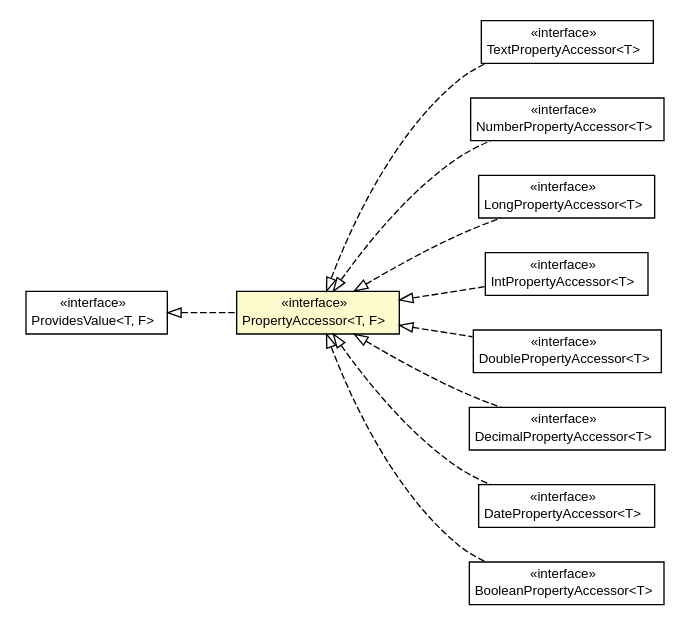
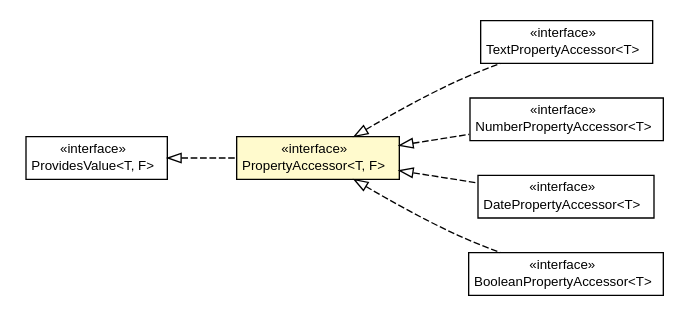
The diagram in javadoc/apidocs/org/turbogwt/mvp/databind/client/property/PropertyAccessor.dot (growbit/turbogwt-databind), drawn with Graphviz before and after one commit. The commit also changed 147 other files, not shown here.

```diff
--- a/javadoc/apidocs/org/turbogwt/mvp/databind/client/property/PropertyAccessor.dot
+++ b/javadoc/apidocs/org/turbogwt/mvp/databind/client/property/PropertyAccessor.dot
@@ -1,101 +1,65 @@
 #!/usr/local/bin/dot
 #
 # Class diagram 
 # Generated by UMLGraph version R5_6-24-gf6e263 (http://www.umlgraph.org/)
 #
 
 digraph G {
 	edge [fontname="arial",fontsize=10,labelfontname="arial",labelfontsize=10];
 	node [fontname="arial",fontsize=10,shape=plaintext];
 	nodesep=0.25;
 	ranksep=0.5;
 	rankdir=LR;
 	// org.turbogwt.mvp.databind.client.property.TextPropertyAccessor<T>
-	c1144 [label=<<table title="org.turbogwt.mvp.databind.client.property.TextPropertyAccessor" border="0" cellborder="1" cellspacing="0" cellpadding="2" port="p" href="./TextPropertyAccessor.html">
+	c694 [label=<<table title="org.turbogwt.mvp.databind.client.property.TextPropertyAccessor" border="0" cellborder="1" cellspacing="0" cellpadding="2" port="p" href="./TextPropertyAccessor.html">
 		<tr><td><table border="0" cellspacing="0" cellpadding="1">
 <tr><td align="center" balign="center"> &#171;interface&#187; </td></tr>
 <tr><td align="center" balign="center"> TextPropertyAccessor&lt;T&gt; </td></tr>
 		</table></td></tr>
 		</table>>, URL="./TextPropertyAccessor.html", fontname="arial", fontcolor="black", fontsize=10.0];
-	// org.turbogwt.mvp.databind.client.property.ProvidesValue<T, F>
-	c1145 [label=<<table title="org.turbogwt.mvp.databind.client.property.ProvidesValue" border="0" cellborder="1" cellspacing="0" cellpadding="2" port="p" href="./ProvidesValue.html">
-		<tr><td><table border="0" cellspacing="0" cellpadding="1">
-<tr><td align="center" balign="center"> &#171;interface&#187; </td></tr>
-<tr><td align="center" balign="center"> ProvidesValue&lt;T, F&gt; </td></tr>
-		</table></td></tr>
-		</table>>, URL="./ProvidesValue.html", fontname="arial", fontcolor="black", fontsize=10.0];
 	// org.turbogwt.mvp.databind.client.property.PropertyAccessor<T, F>
-	c1154 [label=<<table title="org.turbogwt.mvp.databind.client.property.PropertyAccessor" border="0" cellborder="1" cellspacing="0" cellpadding="2" port="p" bgcolor="lemonChiffon" href="./PropertyAccessor.html">
+	c695 [label=<<table title="org.turbogwt.mvp.databind.client.property.PropertyAccessor" border="0" cellborder="1" cellspacing="0" cellpadding="2" port="p" bgcolor="lemonChiffon" href="./PropertyAccessor.html">
 		<tr><td><table border="0" cellspacing="0" cellpadding="1">
 <tr><td align="center" balign="center"> &#171;interface&#187; </td></tr>
 <tr><td align="center" balign="center"> PropertyAccessor&lt;T, F&gt; </td></tr>
 		</table></td></tr>
 		</table>>, URL="./PropertyAccessor.html", fontname="arial", fontcolor="black", fontsize=10.0];
 	// org.turbogwt.mvp.databind.client.property.NumberPropertyAccessor<T>
-	c1155 [label=<<table title="org.turbogwt.mvp.databind.client.property.NumberPropertyAccessor" border="0" cellborder="1" cellspacing="0" cellpadding="2" port="p" href="./NumberPropertyAccessor.html">
+	c696 [label=<<table title="org.turbogwt.mvp.databind.client.property.NumberPropertyAccessor" border="0" cellborder="1" cellspacing="0" cellpadding="2" port="p" href="./NumberPropertyAccessor.html">
 		<tr><td><table border="0" cellspacing="0" cellpadding="1">
 <tr><td align="center" balign="center"> &#171;interface&#187; </td></tr>
 <tr><td align="center" balign="center"> NumberPropertyAccessor&lt;T&gt; </td></tr>
 		</table></td></tr>
 		</table>>, URL="./NumberPropertyAccessor.html", fontname="arial", fontcolor="black", fontsize=10.0];
-	// org.turbogwt.mvp.databind.client.property.LongPropertyAccessor<T>
-	c1156 [label=<<table title="org.turbogwt.mvp.databind.client.property.LongPropertyAccessor" border="0" cellborder="1" cellspacing="0" cellpadding="2" port="p" href="./LongPropertyAccessor.html">
-		<tr><td><table border="0" cellspacing="0" cellpadding="1">
-<tr><td align="center" balign="center"> &#171;interface&#187; </td></tr>
-<tr><td align="center" balign="center"> LongPropertyAccessor&lt;T&gt; </td></tr>
-		</table></td></tr>
-		</table>>, URL="./LongPropertyAccessor.html", fontname="arial", fontcolor="black", fontsize=10.0];
-	// org.turbogwt.mvp.databind.client.property.IntPropertyAccessor<T>
-	c1157 [label=<<table title="org.turbogwt.mvp.databind.client.property.IntPropertyAccessor" border="0" cellborder="1" cellspacing="0" cellpadding="2" port="p" href="./IntPropertyAccessor.html">
-		<tr><td><table border="0" cellspacing="0" cellpadding="1">
-<tr><td align="center" balign="center"> &#171;interface&#187; </td></tr>
-<tr><td align="center" balign="center"> IntPropertyAccessor&lt;T&gt; </td></tr>
-		</table></td></tr>
-		</table>>, URL="./IntPropertyAccessor.html", fontname="arial", fontcolor="black", fontsize=10.0];
-	// org.turbogwt.mvp.databind.client.property.DoublePropertyAccessor<T>
-	c1158 [label=<<table title="org.turbogwt.mvp.databind.client.property.DoublePropertyAccessor" border="0" cellborder="1" cellspacing="0" cellpadding="2" port="p" href="./DoublePropertyAccessor.html">
-		<tr><td><table border="0" cellspacing="0" cellpadding="1">
-<tr><td align="center" balign="center"> &#171;interface&#187; </td></tr>
-<tr><td align="center" balign="center"> DoublePropertyAccessor&lt;T&gt; </td></tr>
-		</table></td></tr>
-		</table>>, URL="./DoublePropertyAccessor.html", fontname="arial", fontcolor="black", fontsize=10.0];
-	// org.turbogwt.mvp.databind.client.property.DecimalPropertyAccessor<T>
-	c1159 [label=<<table title="org.turbogwt.mvp.databind.client.property.DecimalPropertyAccessor" border="0" cellborder="1" cellspacing="0" cellpadding="2" port="p" href="./DecimalPropertyAccessor.html">
-		<tr><td><table border="0" cellspacing="0" cellpadding="1">
-<tr><td align="center" balign="center"> &#171;interface&#187; </td></tr>
-<tr><td align="center" balign="center"> DecimalPropertyAccessor&lt;T&gt; </td></tr>
-		</table></td></tr>
-		</table>>, URL="./DecimalPropertyAccessor.html", fontname="arial", fontcolor="black", fontsize=10.0];
 	// org.turbogwt.mvp.databind.client.property.DatePropertyAccessor<T>
-	c1160 [label=<<table title="org.turbogwt.mvp.databind.client.property.DatePropertyAccessor" border="0" cellborder="1" cellspacing="0" cellpadding="2" port="p" href="./DatePropertyAccessor.html">
+	c697 [label=<<table title="org.turbogwt.mvp.databind.client.property.DatePropertyAccessor" border="0" cellborder="1" cellspacing="0" cellpadding="2" port="p" href="./DatePropertyAccessor.html">
 		<tr><td><table border="0" cellspacing="0" cellpadding="1">
 <tr><td align="center" balign="center"> &#171;interface&#187; </td></tr>
 <tr><td align="center" balign="center"> DatePropertyAccessor&lt;T&gt; </td></tr>
 		</table></td></tr>
 		</table>>, URL="./DatePropertyAccessor.html", fontname="arial", fontcolor="black", fontsize=10.0];
 	// org.turbogwt.mvp.databind.client.property.BooleanPropertyAccessor<T>
-	c1161 [label=<<table title="org.turbogwt.mvp.databind.client.property.BooleanPropertyAccessor" border="0" cellborder="1" cellspacing="0" cellpadding="2" port="p" href="./BooleanPropertyAccessor.html">
+	c698 [label=<<table title="org.turbogwt.mvp.databind.client.property.BooleanPropertyAccessor" border="0" cellborder="1" cellspacing="0" cellpadding="2" port="p" href="./BooleanPropertyAccessor.html">
 		<tr><td><table border="0" cellspacing="0" cellpadding="1">
 <tr><td align="center" balign="center"> &#171;interface&#187; </td></tr>
 <tr><td align="center" balign="center"> BooleanPropertyAccessor&lt;T&gt; </td></tr>
 		</table></td></tr>
 		</table>>, URL="./BooleanPropertyAccessor.html", fontname="arial", fontcolor="black", fontsize=10.0];
 	//org.turbogwt.mvp.databind.client.property.TextPropertyAccessor<T> implements org.turbogwt.mvp.databind.client.property.PropertyAccessor<T, F>
-	c1154:p -> c1144:p [dir=back,arrowtail=empty,style=dashed];
-	//org.turbogwt.mvp.databind.client.property.PropertyAccessor<T, F> implements org.turbogwt.mvp.databind.client.property.ProvidesValue<T, F>
-	c1145:p -> c1154:p [dir=back,arrowtail=empty,style=dashed];
+	c695:p -> c694:p [dir=back,arrowtail=empty,style=dashed];
+	//org.turbogwt.mvp.databind.client.property.PropertyAccessor<T, F> implements org.turbogwt.core.providers.client.ProvidesValue<T, F>
+	c707:p -> c695:p [dir=back,arrowtail=empty,style=dashed];
 	//org.turbogwt.mvp.databind.client.property.NumberPropertyAccessor<T> implements org.turbogwt.mvp.databind.client.property.PropertyAccessor<T, F>
-	c1154:p -> c1155:p [dir=back,arrowtail=empty,style=dashed];
-	//org.turbogwt.mvp.databind.client.property.LongPropertyAccessor<T> implements org.turbogwt.mvp.databind.client.property.PropertyAccessor<T, F>
-	c1154:p -> c1156:p [dir=back,arrowtail=empty,style=dashed];
-	//org.turbogwt.mvp.databind.client.property.IntPropertyAccessor<T> implements org.turbogwt.mvp.databind.client.property.PropertyAccessor<T, F>
-	c1154:p -> c1157:p [dir=back,arrowtail=empty,style=dashed];
-	//org.turbogwt.mvp.databind.client.property.DoublePropertyAccessor<T> implements org.turbogwt.mvp.databind.client.property.PropertyAccessor<T, F>
-	c1154:p -> c1158:p [dir=back,arrowtail=empty,style=dashed];
-	//org.turbogwt.mvp.databind.client.property.DecimalPropertyAccessor<T> implements org.turbogwt.mvp.databind.client.property.PropertyAccessor<T, F>
-	c1154:p -> c1159:p [dir=back,arrowtail=empty,style=dashed];
+	c695:p -> c696:p [dir=back,arrowtail=empty,style=dashed];
 	//org.turbogwt.mvp.databind.client.property.DatePropertyAccessor<T> implements org.turbogwt.mvp.databind.client.property.PropertyAccessor<T, F>
-	c1154:p -> c1160:p [dir=back,arrowtail=empty,style=dashed];
+	c695:p -> c697:p [dir=back,arrowtail=empty,style=dashed];
 	//org.turbogwt.mvp.databind.client.property.BooleanPropertyAccessor<T> implements org.turbogwt.mvp.databind.client.property.PropertyAccessor<T, F>
-	c1154:p -> c1161:p [dir=back,arrowtail=empty,style=dashed];
+	c695:p -> c698:p [dir=back,arrowtail=empty,style=dashed];
+	// org.turbogwt.core.providers.client.ProvidesValue<T, F>
+	c707 [label=<<table title="org.turbogwt.core.providers.client.ProvidesValue" border="0" cellborder="1" cellspacing="0" cellpadding="2" port="p">
+		<tr><td><table border="0" cellspacing="0" cellpadding="1">
+<tr><td align="center" balign="center"> &#171;interface&#187; </td></tr>
+<tr><td align="center" balign="center"> ProvidesValue&lt;T, F&gt; </td></tr>
+		</table></td></tr>
+		</table>>, URL="null", fontname="arial", fontcolor="black", fontsize=10.0];
 }
```
